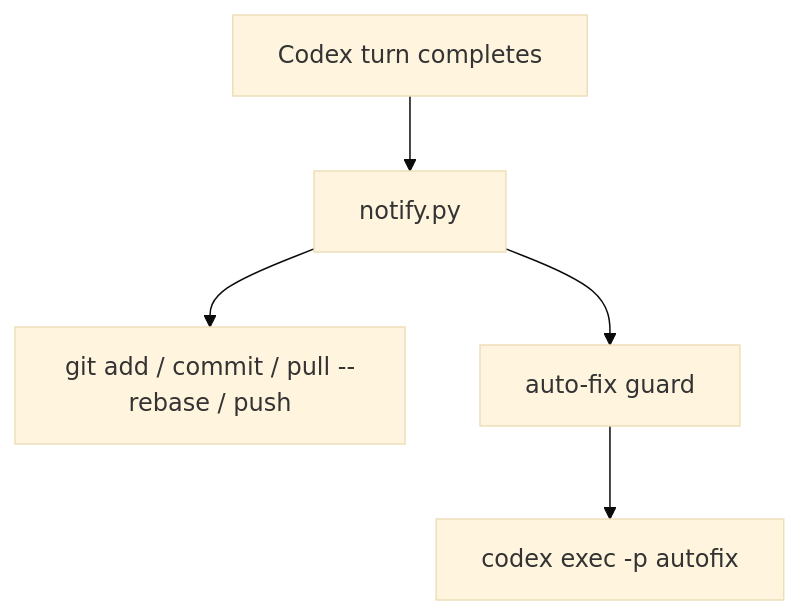
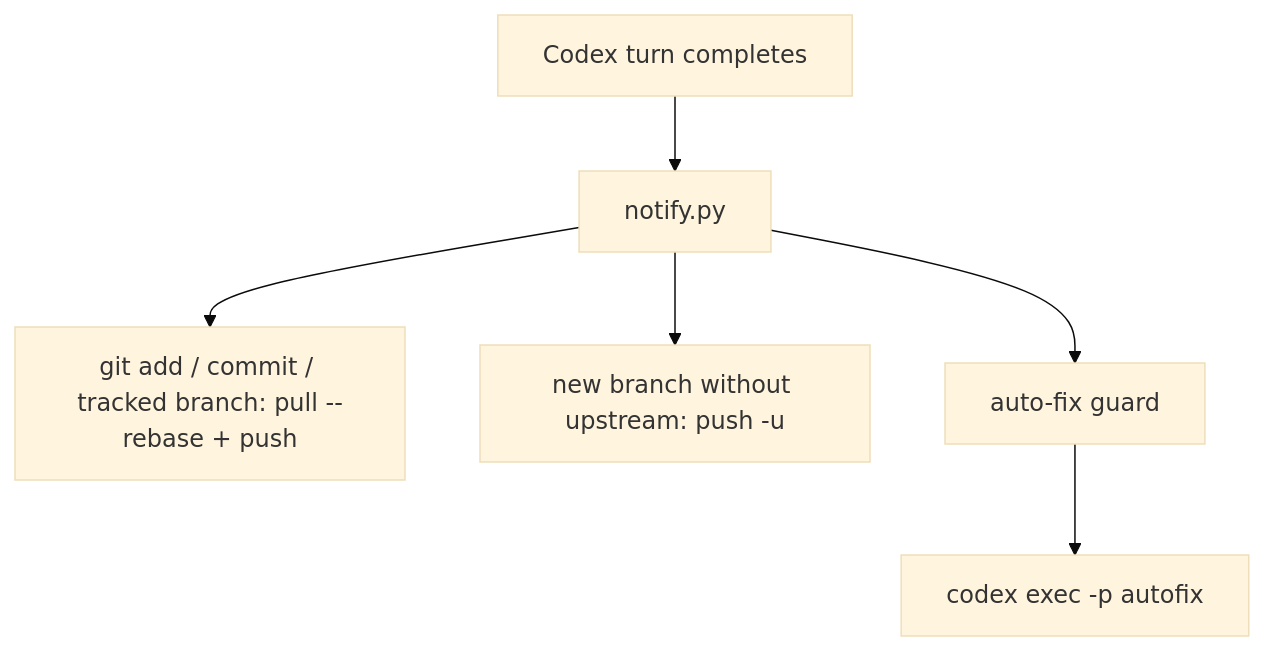
The fourth of 5 diagrams in docs/architecture/codex-control-plane-script-flows.md (wisdom-in-a-nutshell/.agents), drawn with Mermaid (base theme) before and after one commit. The commit also changed other lines of this file and 3 other files, not shown here.

````diff
--- a/docs/architecture/codex-control-plane-script-flows.md
+++ b/docs/architecture/codex-control-plane-script-flows.md
@@ -114,7 +114,8 @@
 ```mermaid
 flowchart TD
     A[Codex turn completes] --> B[notify.py]
-    B --> C[git add / commit / pull --rebase / push]
+    B --> C[git add / commit / tracked branch: pull --rebase + push]
+    B --> D1[new branch without upstream: push -u]
     B --> D[auto-fix guard]
     D --> E[codex exec -p autofix]
 ```
````
